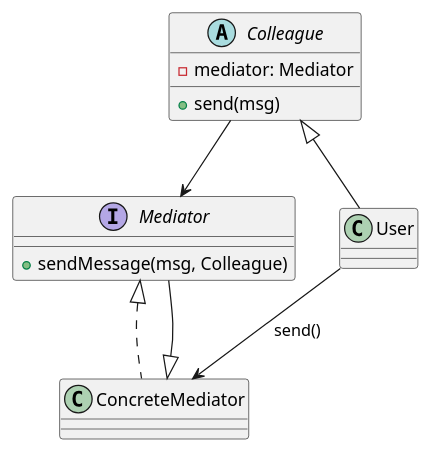
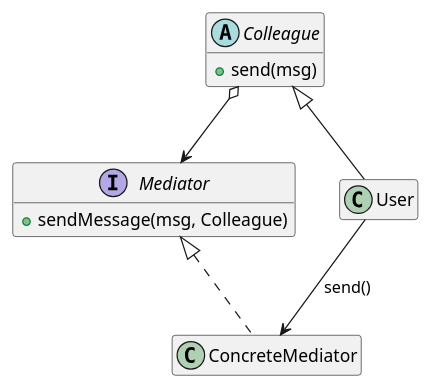
The second of 8 diagrams in class/amss2025/curs/11-patterns-reloaded.md (traiansf/traiansf.github.io), drawn with PlantUML before and after one commit. The commit also changed other lines of this file and 2 other files, not shown here.

````diff
--- a/class/amss2025/curs/11-patterns-reloaded.md
+++ b/class/amss2025/curs/11-patterns-reloaded.md
@@ -218,20 +280,19 @@
 ```plantuml
 @startuml
+hide empty members
 interface Mediator {
     +sendMessage(msg, Colleague)
 }
 
 abstract class Colleague {
-    -mediator: Mediator
     +send(msg)
 }
 
 class ConcreteMediator implements Mediator
 class User extends Colleague
 
-Colleague --> Mediator
-ConcreteMediator <|-- Mediator
+Colleague o--> Mediator
 
 User --> ConcreteMediator : send()
 @enduml
 ```
````
